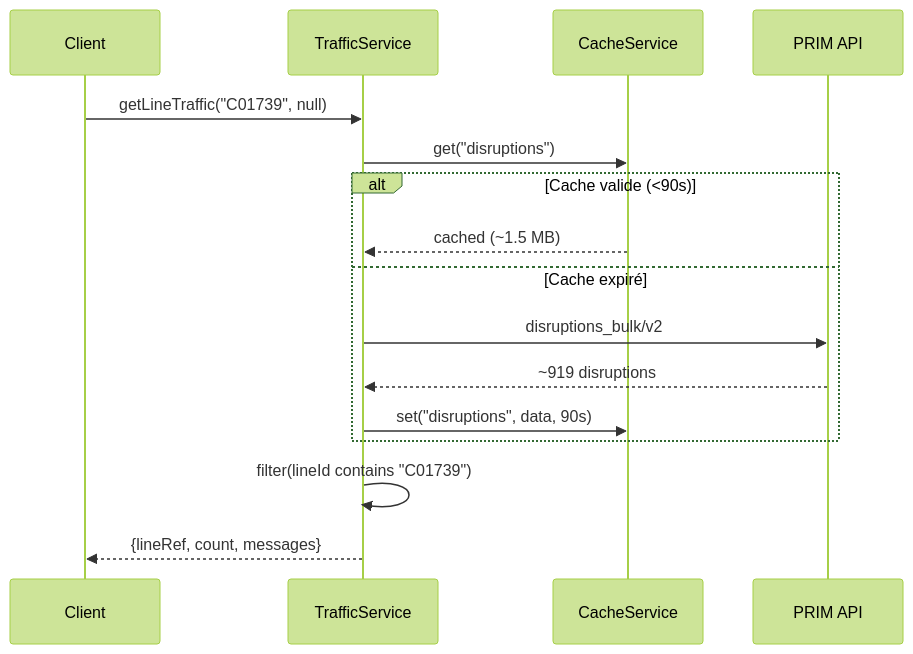
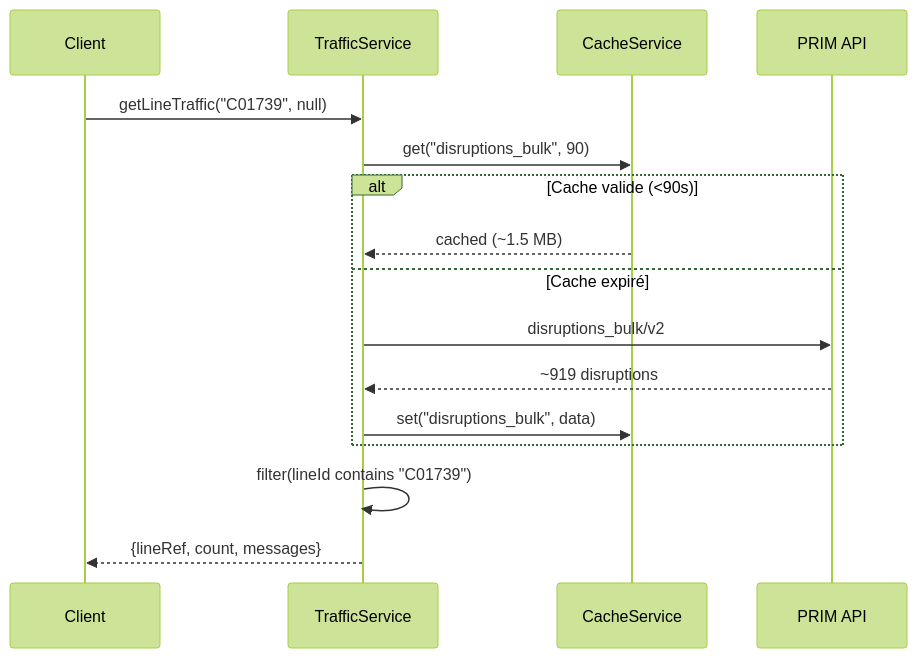
One commit to leolesimple/HORIZN changed the third of 3 diagrams in docs/ARCHITECTURE.md. Above: the diagram before and after it, drawn with Mermaid (forest theme). The commit also changed other lines of this file, not shown here.

Commit message:
docs(architecture): aligner clés de cache et stockage sur SQLite

````diff
--- a/docs/ARCHITECTURE.md
+++ b/docs/ARCHITECTURE.md
@@ -165,21 +165,21 @@
 ```mermaid
 sequenceDiagram
     participant C as Client
     participant TS as TrafficService
     participant CS as CacheService
     participant P as PRIM API
 
     C->>TS: getLineTraffic("C01739", null)
-    TS->>CS: get("disruptions")
+    TS->>CS: get("disruptions_bulk", 90)
     
     alt Cache valide (<90s)
         CS-->>TS: cached (~1.5 MB)
     else Cache expiré
         TS->>P: disruptions_bulk/v2
         P-->>TS: ~919 disruptions
-        TS->>CS: set("disruptions", data, 90s)
+        TS->>CS: set("disruptions_bulk", data)
     end
     
     TS->>TS: filter(lineId contains "C01739")
     TS-->>C: {lineRef, count, messages}
 ```
````
